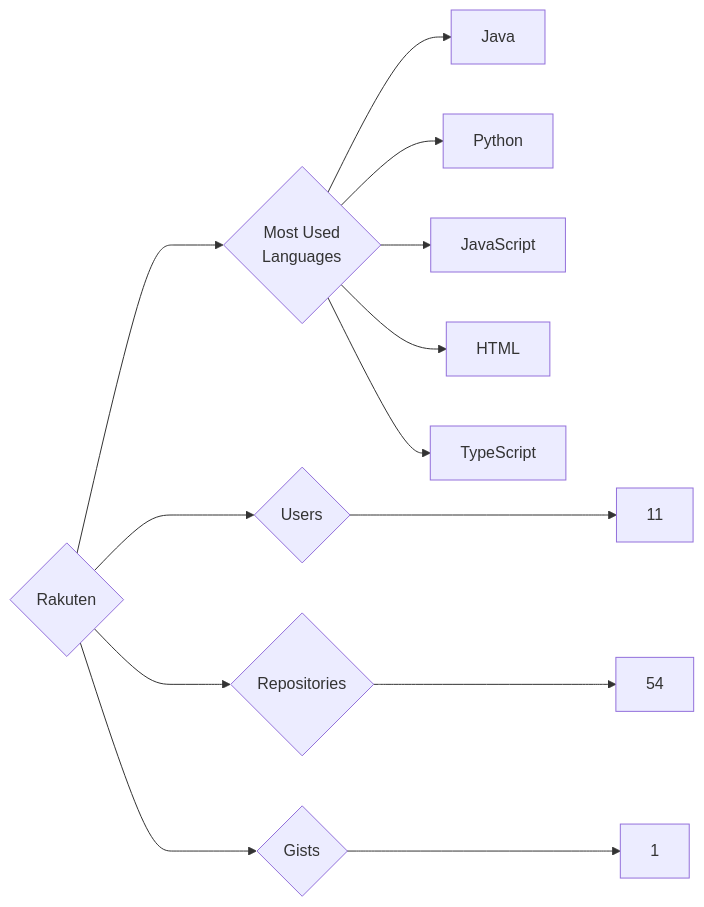
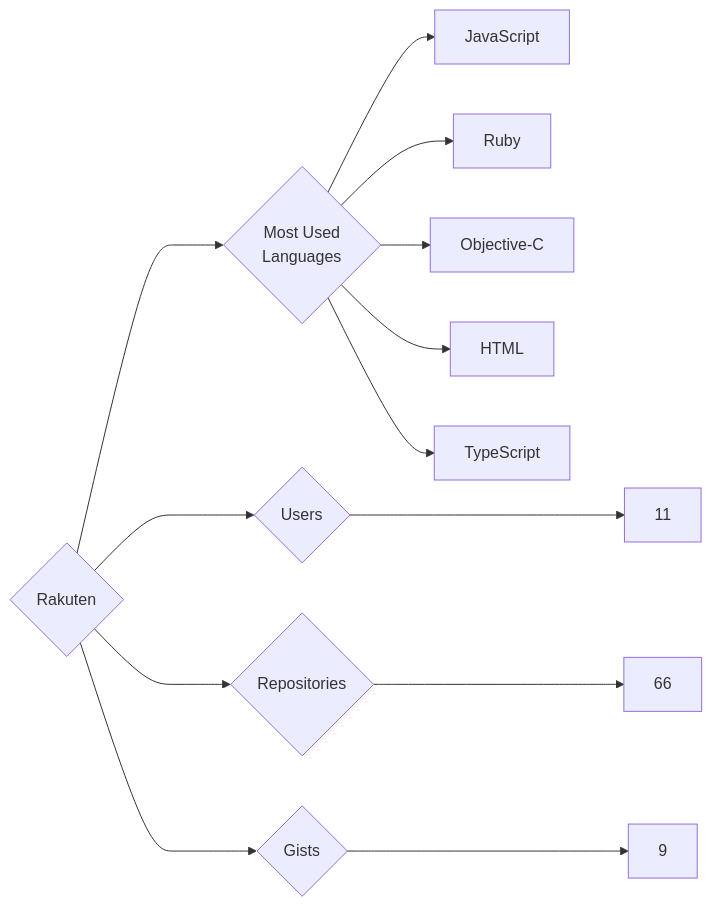
The diagram in targets/Rakuten/README.md (trickest/insiders), drawn with Mermaid before and after one commit. The commit also changed 851 other files, not shown here.

````diff
--- a/targets/Rakuten/README.md
+++ b/targets/Rakuten/README.md
@@ -3,13 +3,13 @@
 ```mermaid
 graph LR
 COMPANY_NAME{Rakuten}
 COMPANY_NAME ---> U{Users} ---> UN[11]
-COMPANY_NAME ---> R{Repositories} ---> RN[54]
-COMPANY_NAME ---> G{Gists} ---> GN[1]
+COMPANY_NAME ---> R{Repositories} ---> RN[66]
+COMPANY_NAME ---> G{Gists} ---> GN[9]
 COMPANY_NAME ---> ML{Most Used<br>Languages}
-ML --> Java[Java]
-ML --> Python[Python]
 ML --> JavaScript[JavaScript]
+ML --> Ruby[Ruby]
+ML --> Objective-C[Objective-C]
 ML --> HTML[HTML]
 ML --> TypeScript[TypeScript]
 ```
````
